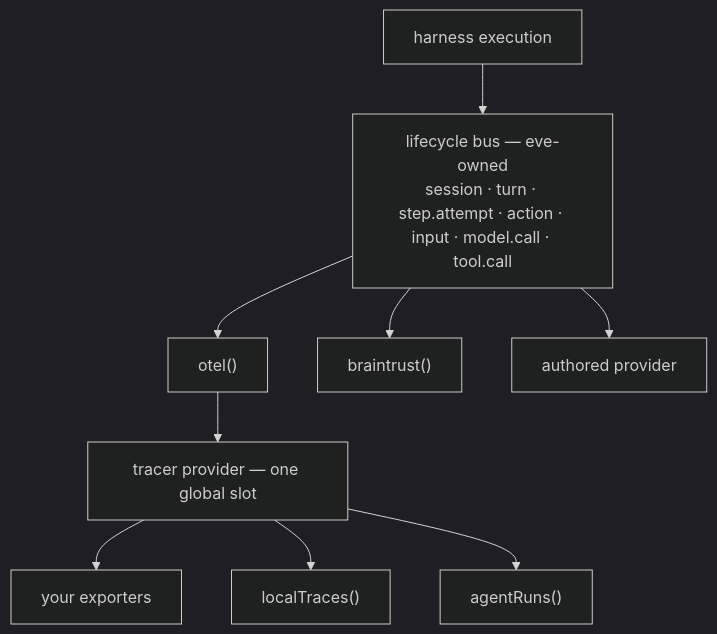
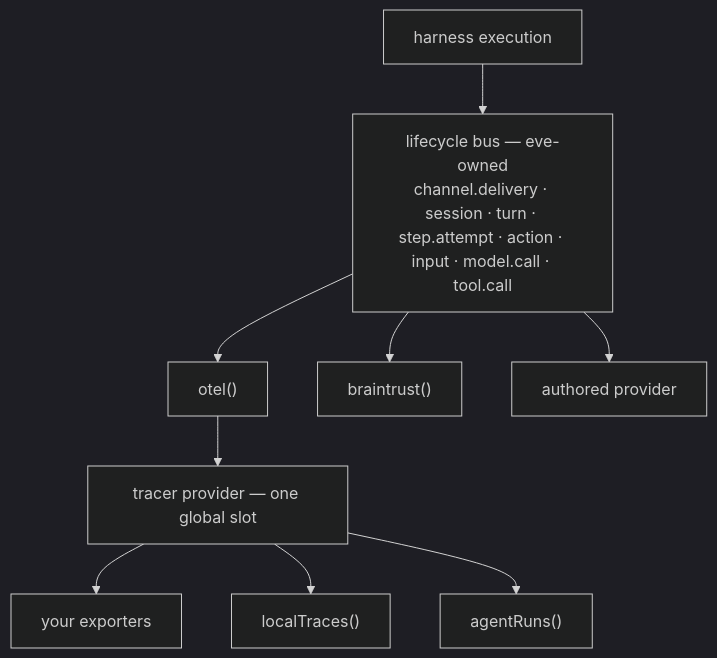
One commit to gorkking/eve-open-framework-for-building-agents changed the diagram in research/instrumentation-providers.md. Above: the diagram before and after it, drawn with Mermaid (dark theme). The commit also changed other lines of this file, not shown here.

Commit message:
docs(research): define channel delivery instrumentation

````diff
--- a/research/instrumentation-providers.md
+++ b/research/instrumentation-providers.md
@@ -93,11 +93,11 @@
 ```mermaid
 flowchart TD
-  H["harness execution"] --> B["lifecycle bus — eve-owned<br>session · turn · step.attempt · action · input · model.call · tool.call"]
+  H["harness execution"] --> B["lifecycle bus — eve-owned<br>channel.delivery · session · turn · step.attempt · action · input · model.call · tool.call"]
   B --> O["otel()"]
   B --> BT["braintrust()"]
   B --> AU["authored provider"]
   O --> TP["tracer provider — one global slot"]
   TP --> EX["your exporters"]
   TP --> LT["localTraces()"]
   TP --> AR["agentRuns()"]
 ```
````
